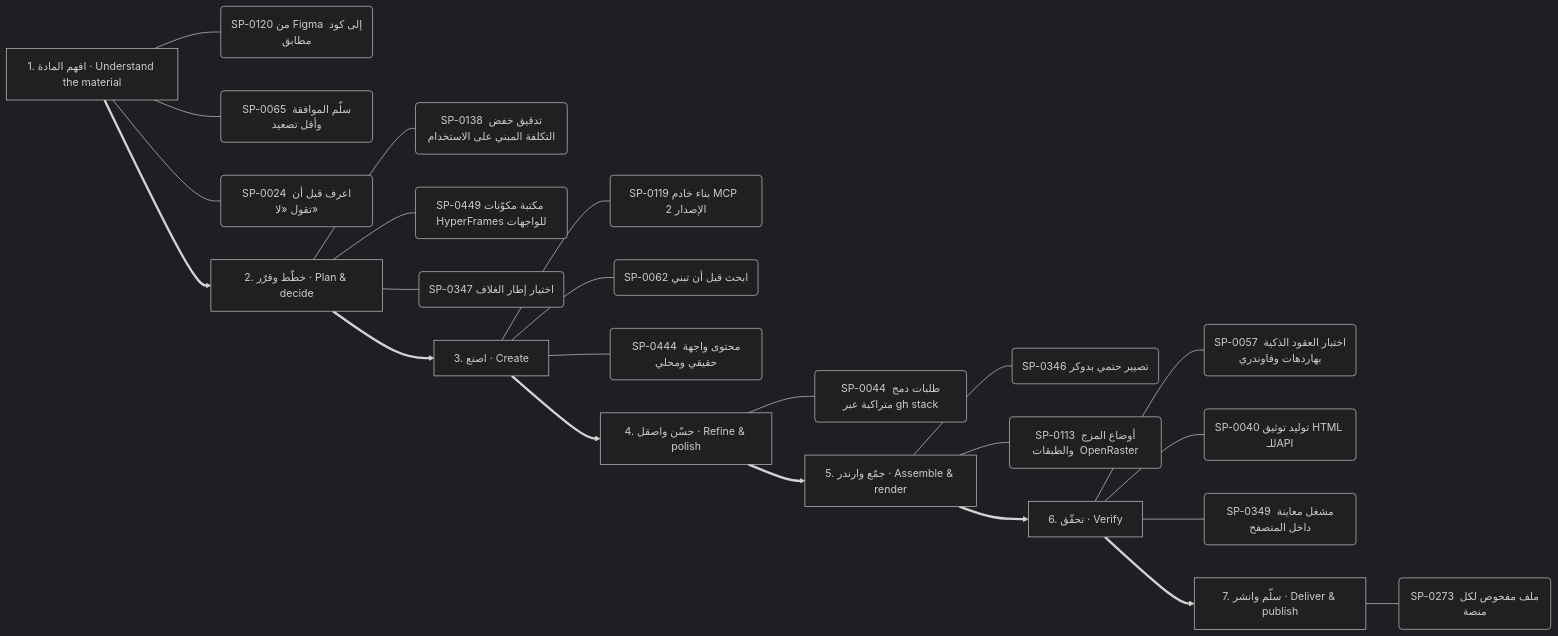
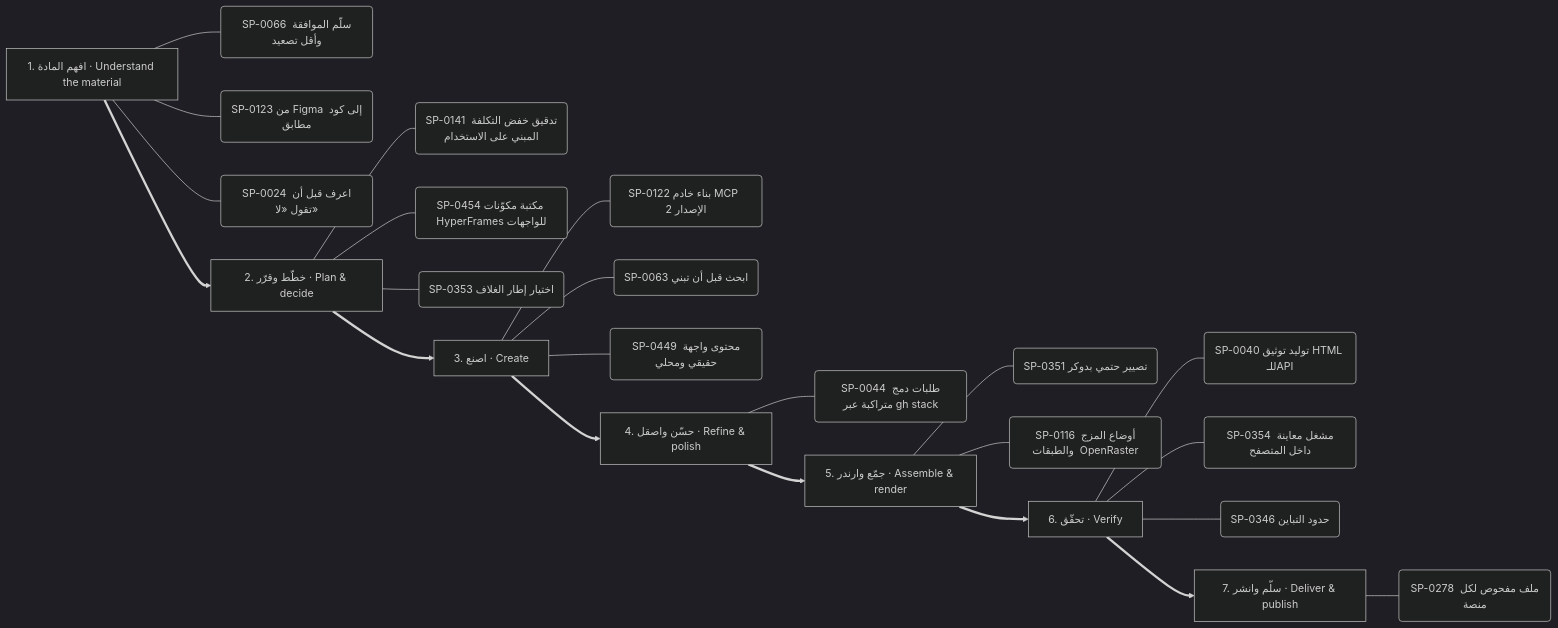
One commit to kosif199022-jpg/kosif-tool changed the ninth of 13 diagrams in .claude/skills/kosif-superpowers/references/capability-mindmap.md. Above: the diagram before and after it, drawn with Mermaid (dark theme). The commit also changed other lines of this file and 376 other files, not shown here.

````diff
--- a/.claude/skills/kosif-superpowers/references/capability-mindmap.md
+++ b/.claude/skills/kosif-superpowers/references/capability-mindmap.md
@@ -455,32 +459,32 @@
 ```mermaid
 flowchart LR
   S0["1. افهم المادة · Understand the material"]
-  S0 --- S0_0("SP-0120 من Figma إلى كود مطابق")
-  S0 --- S0_1("SP-0065 سلّم الموافقة وأقل تصعيد")
+  S0 --- S0_0("SP-0066 سلّم الموافقة وأقل تصعيد")
+  S0 --- S0_1("SP-0123 من Figma إلى كود مطابق")
   S0 --- S0_2("SP-0024 اعرف قبل أن تقول «لا»")
   S1["2. خطّط وقرّر · Plan & decide"]
-  S1 --- S1_0("SP-0138 تدقيق خفض التكلفة المبني على الاستخدام")
-  S1 --- S1_1("SP-0449 مكتبة مكوّنات HyperFrames للواجهات")
-  S1 --- S1_2("SP-0347 اختيار إطار الغلاف")
+  S1 --- S1_0("SP-0141 تدقيق خفض التكلفة المبني على الاستخدام")
+  S1 --- S1_1("SP-0454 مكتبة مكوّنات HyperFrames للواجهات")
+  S1 --- S1_2("SP-0353 اختيار إطار الغلاف")
   S0 ==> S1
   S2["3. اصنع · Create"]
-  S2 --- S2_0("SP-0119 بناء خادم MCP  الإصدار 2 ")
-  S2 --- S2_1("SP-0062 ابحث قبل أن تبني")
-  S2 --- S2_2("SP-0444 محتوى واجهة حقيقي ومحلي")
+  S2 --- S2_0("SP-0122 بناء خادم MCP  الإصدار 2 ")
+  S2 --- S2_1("SP-0063 ابحث قبل أن تبني")
+  S2 --- S2_2("SP-0449 محتوى واجهة حقيقي ومحلي")
   S1 ==> S2
   S3["4. حسّن واصقل · Refine & polish"]
   S3 --- S3_0("SP-0044 طلبات دمج متراكبة عبر gh stack")
   S2 ==> S3
   S4["5. جمّع وارندر · Assemble & render"]
-  S4 --- S4_0("SP-0346 تصيير حتمي بدوكر")
-  S4 --- S4_1("SP-0113 أوضاع المزج والطبقات  OpenRaster ")
+  S4 --- S4_0("SP-0351 تصيير حتمي بدوكر")
+  S4 --- S4_1("SP-0116 أوضاع المزج والطبقات  OpenRaster ")
   S3 ==> S4
   S5["6. تحقّق · Verify"]
-  S5 --- S5_0("SP-0057 اختبار العقود الذكية بهاردهات وفاوندري")
-  S5 --- S5_1("SP-0040 توليد توثيق HTML للـAPI")
-  S5 --- S5_2("SP-0349 مشغل معاينة داخل المتصفح")
+  S5 --- S5_0("SP-0040 توليد توثيق HTML للـAPI")
+  S5 --- S5_1("SP-0354 مشغل معاينة داخل المتصفح")
+  S5 --- S5_2("SP-0346 حدود التباين")
   S4 ==> S5
   S6["7. سلّم وانشر · Deliver & publish"]
-  S6 --- S6_0("SP-0273 ملف مفحوص لكل منصة")
+  S6 --- S6_0("SP-0278 ملف مفحوص لكل منصة")
   S5 ==> S6
 ```
````
